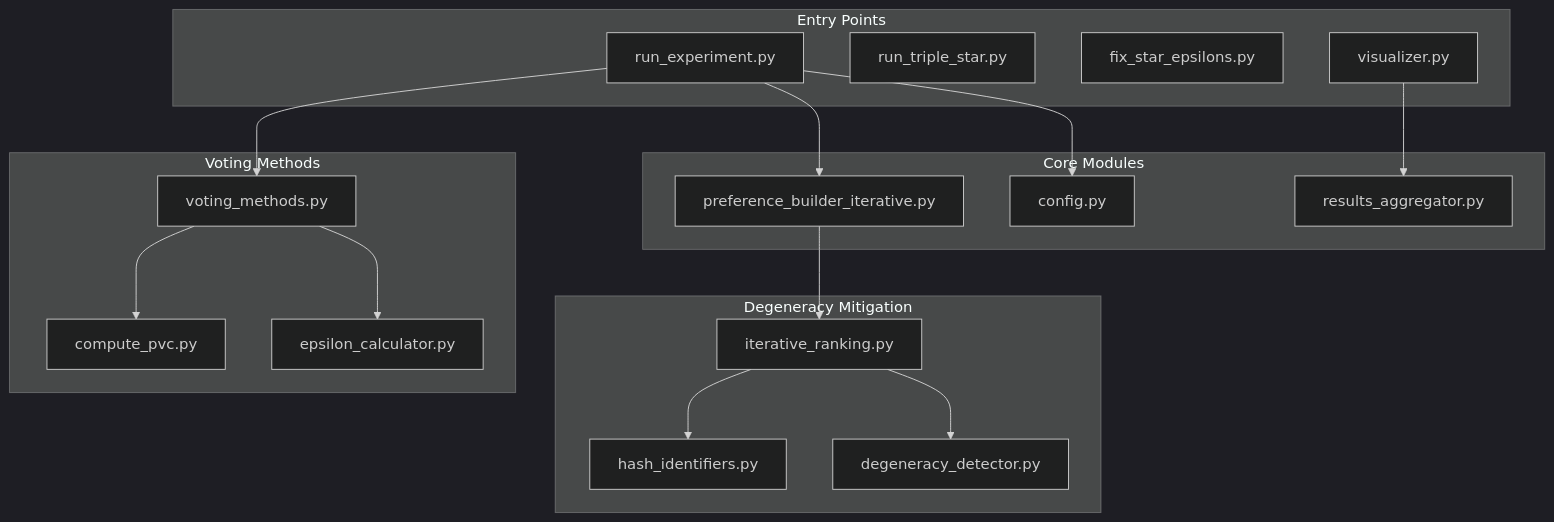
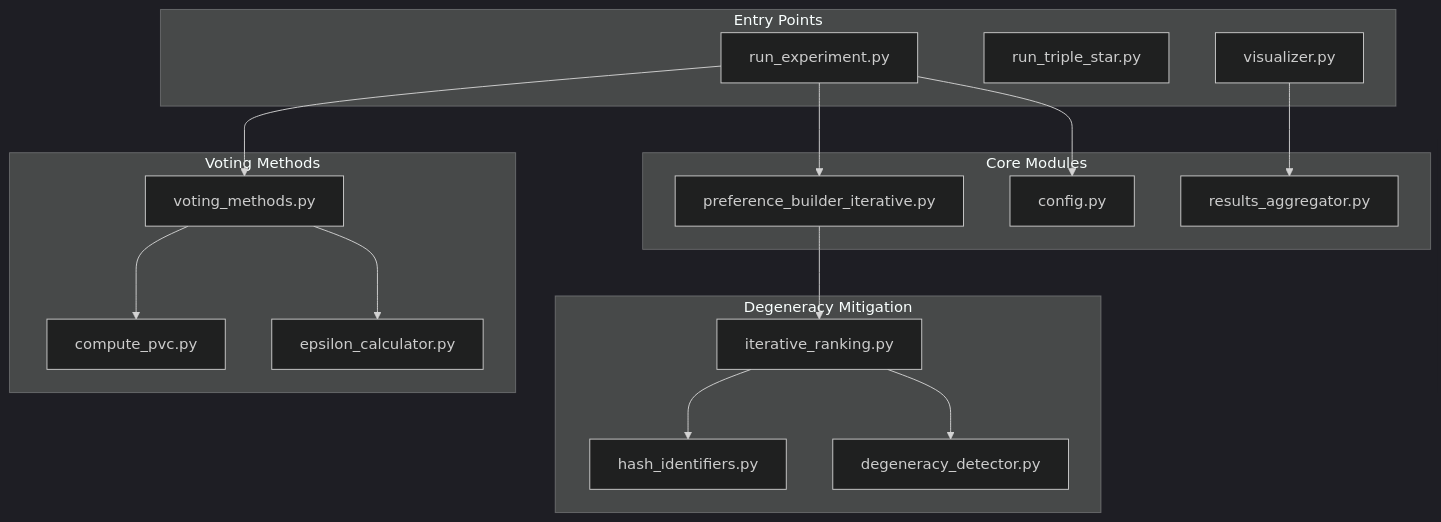
Before and after one commit to jeqcho/single-winner-generative-social-choice: the second of 2 diagrams in README.md, drawn with Mermaid (dark theme). The commit also changed other lines of this file and 3 other files, not shown here.

````diff
--- a/README.md
+++ b/README.md
@@ -288,37 +285,36 @@
 ```mermaid
 flowchart TD
     subgraph entry [Entry Points]
         RE[run_experiment.py]
         RTS[run_triple_star.py]
-        FSE[fix_star_epsilons.py]
         VIS[visualizer.py]
     end
 
     subgraph core [Core Modules]
         CFG[config.py]
         PBI[preference_builder_iterative.py]
         RA[results_aggregator.py]
     end
 
     subgraph voting [Voting Methods]
         VM[voting_methods.py]
         EC[epsilon_calculator.py]
         PVC[compute_pvc.py]
     end
 
     subgraph degen [Degeneracy Mitigation]
         IR[iterative_ranking.py]
         DD[degeneracy_detector.py]
         HI[hash_identifiers.py]
     end
 
     RE --> CFG
     RE --> PBI
     RE --> VM
     PBI --> IR
     VM --> EC
     VM --> PVC
     IR --> DD
     IR --> HI
     VIS --> RA
 ```
````
